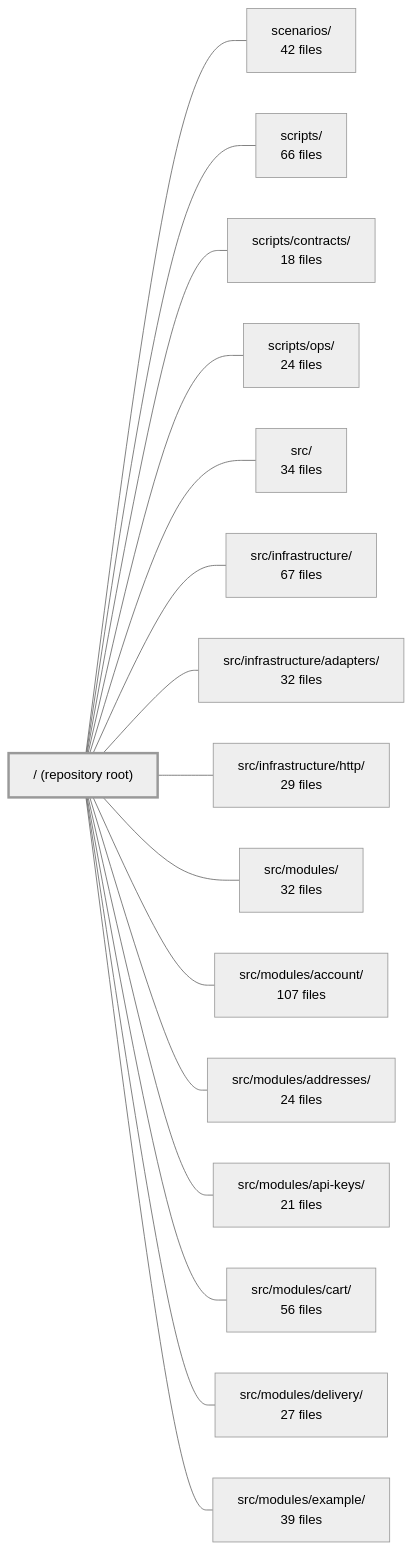
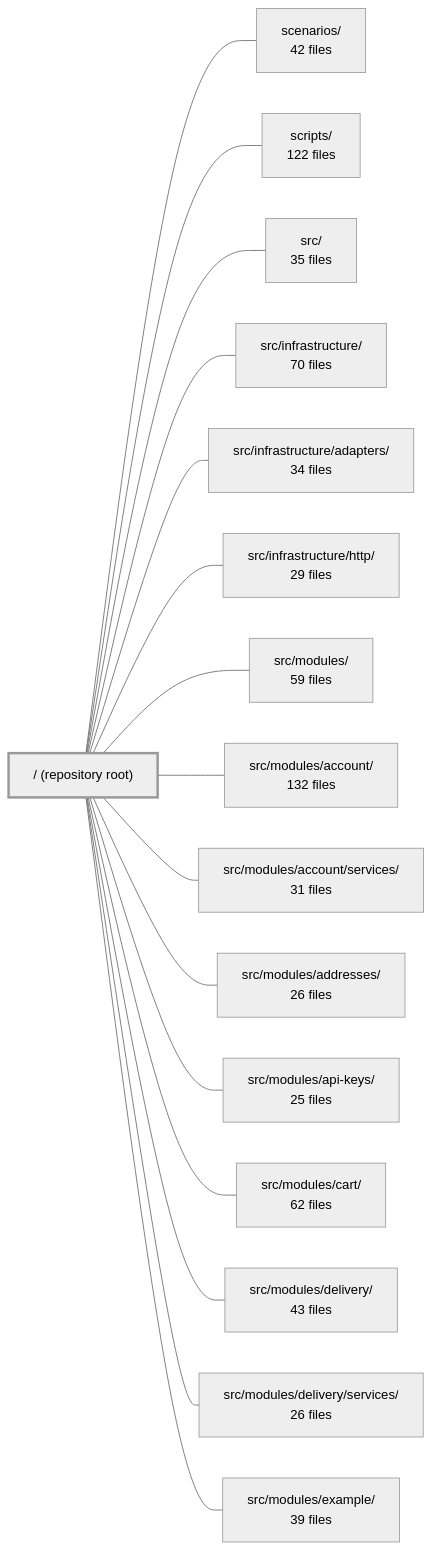
One commit to Guebbit/boilerplate-node-backend changed the diagram in .2brain/modules/boilerplate-node-backend_ROOT.md. Above: the diagram before and after it, drawn with Mermaid (neutral theme). The commit also changed other lines of this file and 627 other files, not shown here.

````diff
--- a/.2brain/modules/boilerplate-node-backend_ROOT.md
+++ b/.2brain/modules/boilerplate-node-backend_ROOT.md
@@ -42,35 +43,35 @@
 ```mermaid
 flowchart LR
     m_root["/ (repository root)"]
     m_scenarios["scenarios/<br/>42 files"]
-    m_scripts["scripts/<br/>66 files"]
-    m_scripts_contracts["scripts/contracts/<br/>18 files"]
-    m_scripts_ops["scripts/ops/<br/>24 files"]
-    m_src["src/<br/>34 files"]
-    m_src_infrastructure["src/infrastructure/<br/>67 files"]
-    m_src_infrastructure_adapters["src/infrastructure/adapters/<br/>32 files"]
+    m_scripts["scripts/<br/>122 files"]
+    m_src["src/<br/>35 files"]
+    m_src_infrastructure["src/infrastructure/<br/>70 files"]
+    m_src_infrastructure_adapters["src/infrastructure/adapters/<br/>34 files"]
     m_src_infrastructure_http["src/infrastructure/http/<br/>29 files"]
-    m_src_modules["src/modules/<br/>32 files"]
-    m_src_modules_account["src/modules/account/<br/>107 files"]
-    m_src_modules_addresses["src/modules/addresses/<br/>24 files"]
-    m_src_modules_api_keys["src/modules/api-keys/<br/>21 files"]
-    m_src_modules_cart["src/modules/cart/<br/>56 files"]
-    m_src_modules_delivery["src/modules/delivery/<br/>27 files"]
+    m_src_modules["src/modules/<br/>59 files"]
+    m_src_modules_account["src/modules/account/<br/>132 files"]
+    m_src_modules_account_services["src/modules/account/services/<br/>31 files"]
+    m_src_modules_addresses["src/modules/addresses/<br/>26 files"]
+    m_src_modules_api_keys["src/modules/api-keys/<br/>25 files"]
+    m_src_modules_cart["src/modules/cart/<br/>62 files"]
+    m_src_modules_delivery["src/modules/delivery/<br/>43 files"]
+    m_src_modules_delivery_services["src/modules/delivery/services/<br/>26 files"]
     m_src_modules_example["src/modules/example/<br/>39 files"]
     m_root --- m_scenarios
     m_root --- m_scripts
-    m_root --- m_scripts_contracts
-    m_root --- m_scripts_ops
     m_root --- m_src
     m_root --- m_src_infrastructure
     m_root --- m_src_infrastructure_adapters
     m_root --- m_src_infrastructure_http
     m_root --- m_src_modules
     m_root --- m_src_modules_account
+    m_root --- m_src_modules_account_services
     m_root --- m_src_modules_addresses
     m_root --- m_src_modules_api_keys
     m_root --- m_src_modules_cart
     m_root --- m_src_modules_delivery
+    m_root --- m_src_modules_delivery_services
     m_root --- m_src_modules_example
     style m_root stroke-width:3px
 ```
````
